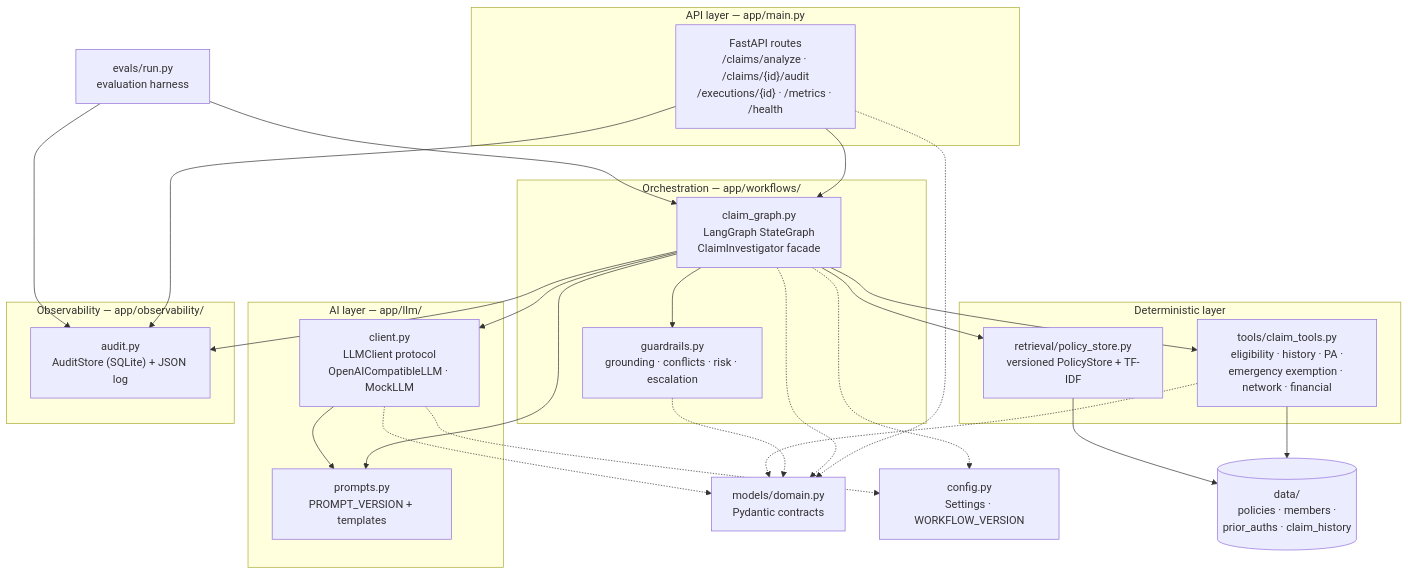
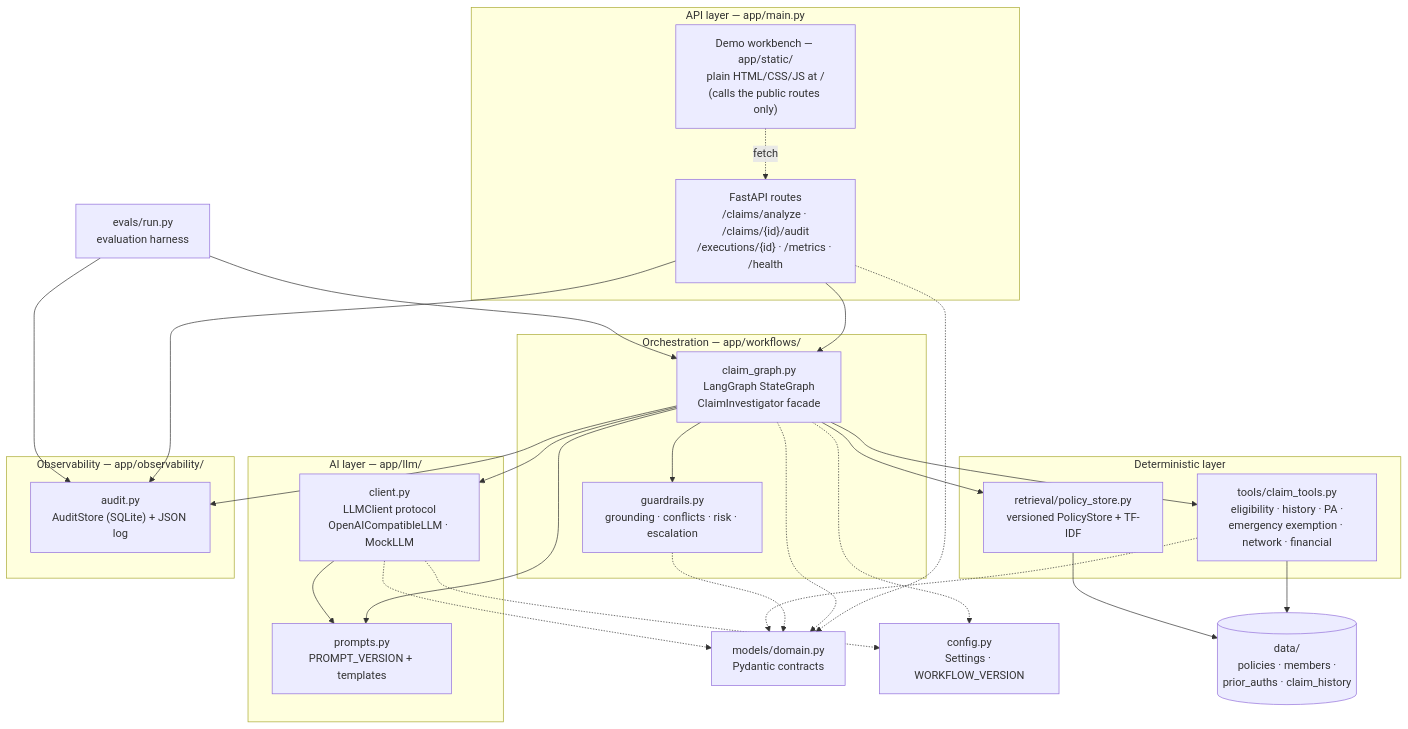
One commit to jefersonbraga/ClaimPilot changed the second of 17 diagrams in docs/ARCHITECTURE.md. Above: the diagram before and after it, drawn with Mermaid. The commit also changed other lines of this file and 26 other files, not shown here.

````diff
--- a/docs/ARCHITECTURE.md
+++ b/docs/ARCHITECTURE.md
@@ -55,52 +55,54 @@
 ```mermaid
 flowchart TB
     subgraph api["API layer — app/main.py"]
         routes["FastAPI routes<br/>/claims/analyze · /claims/{id}/audit<br/>/executions/{id} · /metrics · /health"]
+        ui["Demo workbench — app/static/<br/>plain HTML/CSS/JS at /<br/>(calls the public routes only)"]
     end
 
     subgraph wf["Orchestration — app/workflows/"]
         wfgraph["claim_graph.py<br/>LangGraph StateGraph<br/>ClaimInvestigator facade"]
         guard["guardrails.py<br/>grounding · conflicts · risk · escalation"]
     end
 
     subgraph det["Deterministic layer"]
         tools["tools/claim_tools.py<br/>eligibility · history · PA ·<br/>emergency exemption · network · financial"]
         store["retrieval/policy_store.py<br/>versioned PolicyStore + TF-IDF"]
     end
 
     subgraph ai["AI layer — app/llm/"]
         client["client.py<br/>LLMClient protocol<br/>OpenAICompatibleLLM · MockLLM"]
         prompts["prompts.py<br/>PROMPT_VERSION + templates"]
     end
 
     subgraph obs["Observability — app/observability/"]
         audit["audit.py<br/>AuditStore (SQLite) + JSON log"]
     end
 
     models["models/domain.py<br/>Pydantic contracts"]
     config["config.py<br/>Settings · WORKFLOW_VERSION"]
     data[("data/<br/>policies · members ·<br/>prior_auths · claim_history")]
     evals["evals/run.py<br/>evaluation harness"]
 
+    ui -.->|fetch| routes
     routes --> wfgraph
     routes --> audit
     evals --> wfgraph
     evals --> audit
     wfgraph --> guard
     wfgraph --> tools
     wfgraph --> store
     wfgraph --> client
     wfgraph --> prompts
     wfgraph --> audit
     tools --> data
     store --> data
     client --> prompts
 
     routes -.-> models
     wfgraph -.-> models
     guard -.-> models
     tools -.-> models
     client -.-> models
     wfgraph -.-> config
     client -.-> config
 ```
````
